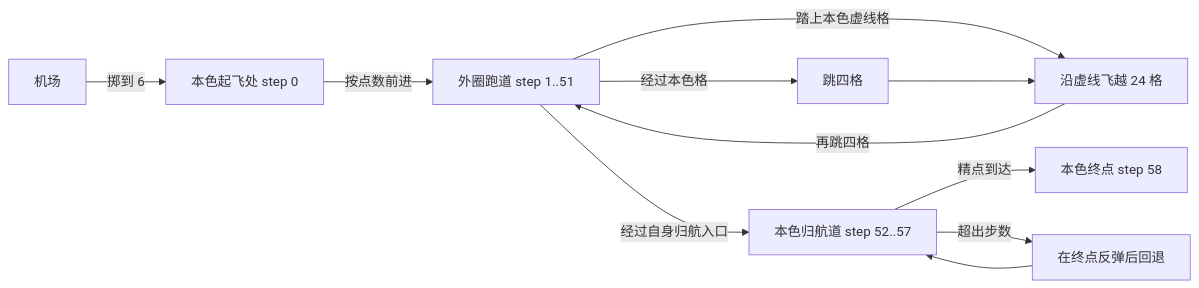
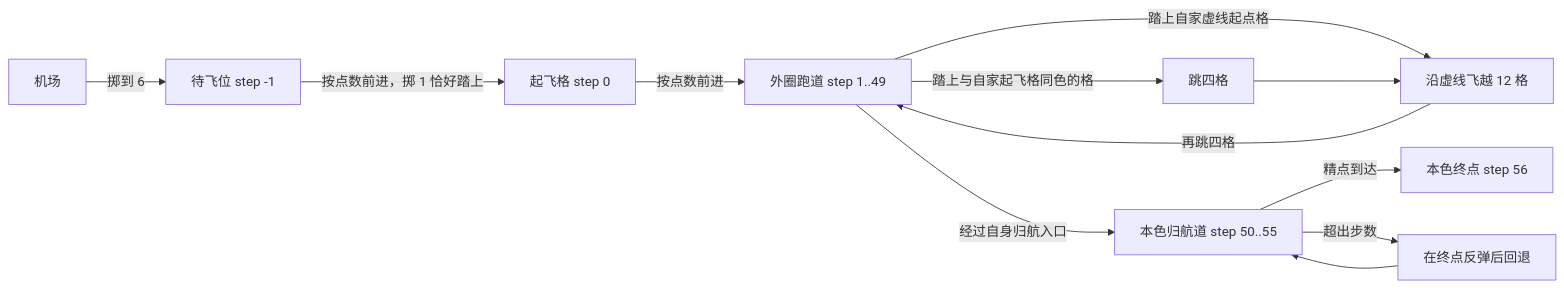
Before and after one commit to Weilan0811/echo-commons: the diagram in docs/gameplay/飞行棋基础规则.md, drawn with Mermaid. The commit also changed other lines of this file and 10 other files, not shown here.

First line of the commit message:
fix: rebuild Aeroplane track on 52 cells and drop fly captures

````diff
--- a/docs/gameplay/飞行棋基础规则.md
+++ b/docs/gameplay/飞行棋基础规则.md
@@ -49,13 +48,14 @@
 ```mermaid
 flowchart LR
-    BASE[机场] -->|掷到 6| START[本色起飞处 step 0]
-    START -->|按点数前进| TRACK[外圈跑道 step 1..51]
-    TRACK -->|经过本色格| JUMP[跳四格]
-    TRACK -->|踏上本色虚线格| FLY[沿虚线飞越 24 格]
+    BASE[机场] -->|掷到 6| GATE[待飞位 step -1]
+    GATE -->|按点数前进，掷 1 恰好踏上| START[起飞格 step 0]
+    START -->|按点数前进| TRACK[外圈跑道 step 1..49]
+    TRACK -->|踏上与自家起飞格同色的格| JUMP[跳四格]
+    TRACK -->|踏上自家虚线起点格| FLY[沿虚线飞越 12 格]
     JUMP --> FLY
     FLY -->|再跳四格| TRACK
-    TRACK -->|经过自身归航入口| HP[本色归航道 step 52..57]
-    HP -->|精点到达| HOME[本色终点 step 58]
+    TRACK -->|经过自身归航入口| HP[本色归航道 step 50..55]
+    HP -->|精点到达| HOME[本色终点 step 56]
     HP -->|超出步数| BOUNCE[在终点反弹后回退]
     BOUNCE --> HP
 ```
````
